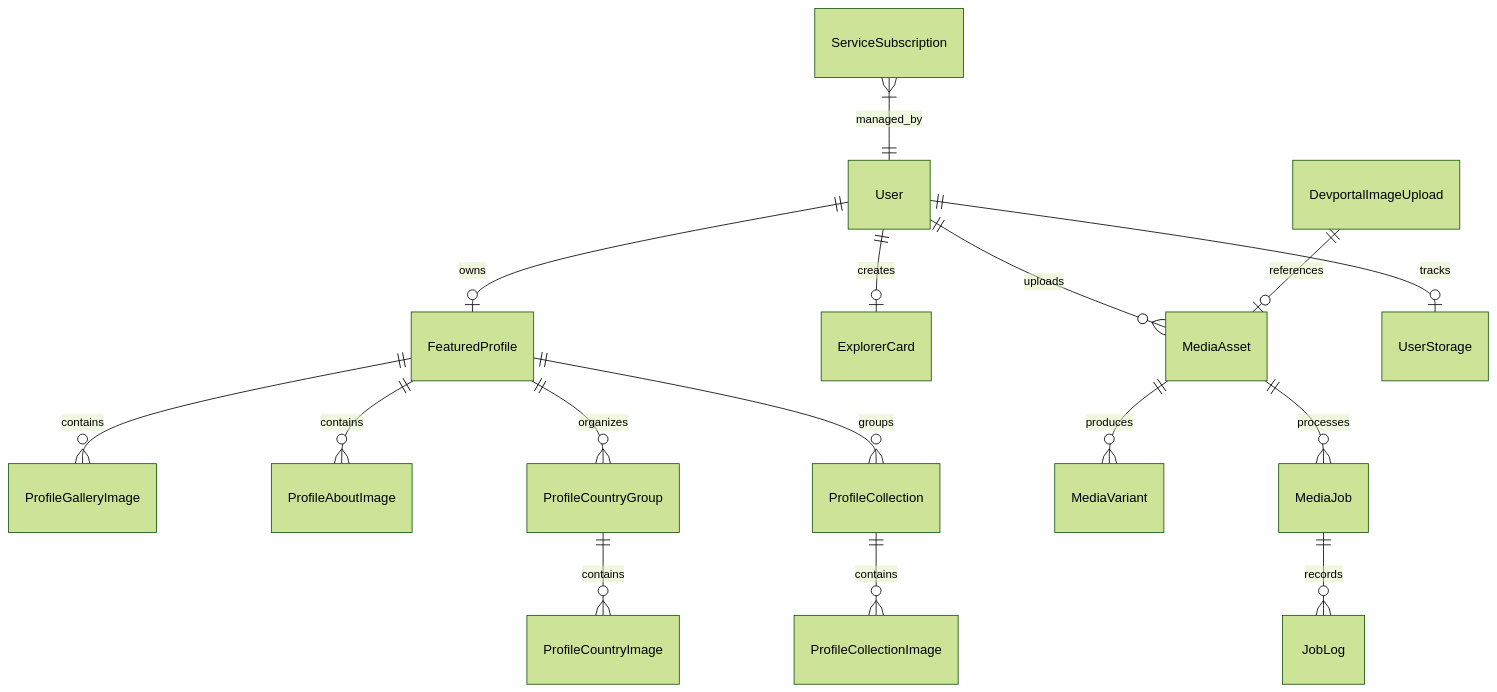
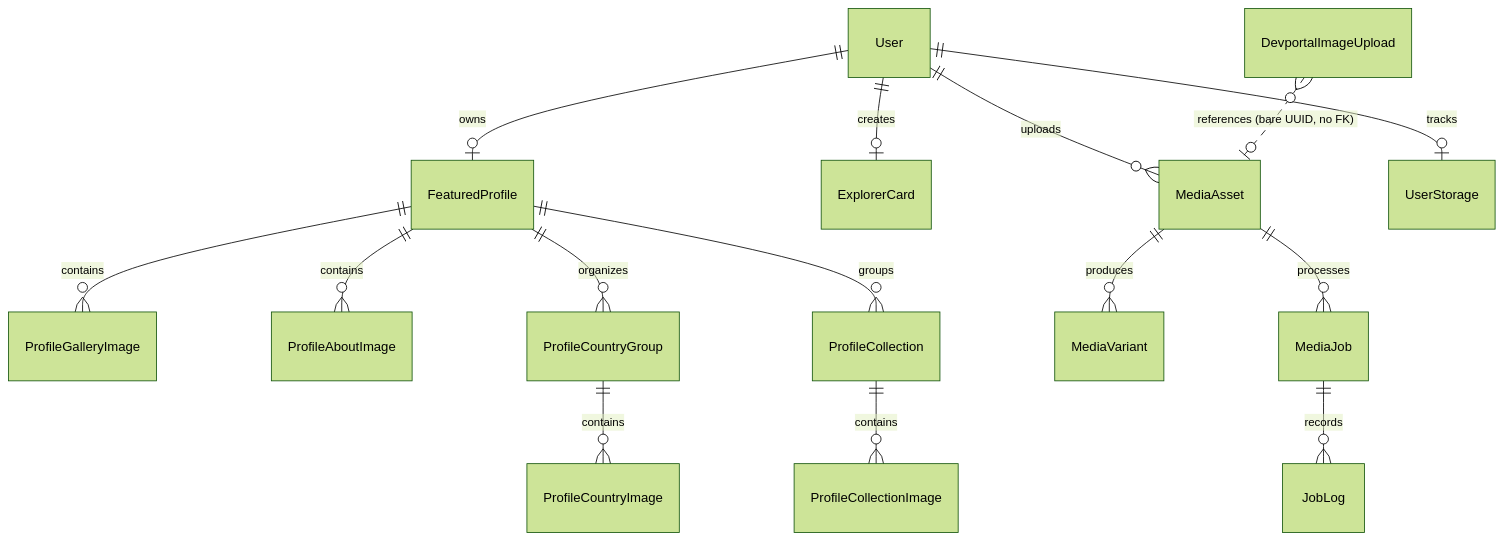
The fourth of 4 diagrams in src/docs/Techstack.md (ss-travingat/devportal), drawn with Mermaid (forest theme) before and after one commit. The commit also changed other lines of this file and 2 other files, not shown here.

First line of the commit message:
docs: add Data Model doc with ER diagram for users, profiles and cards

````diff
--- a/src/docs/Techstack.md
+++ b/src/docs/Techstack.md
@@ -190,21 +190,20 @@
 ```mermaid
 erDiagram
     User ||--o| FeaturedProfile : owns
     User ||--o| ExplorerCard : creates
     User ||--o{ MediaAsset : uploads
     User ||--o| UserStorage : tracks
 
     FeaturedProfile ||--o{ ProfileGalleryImage : contains
     FeaturedProfile ||--o{ ProfileAboutImage : contains
     FeaturedProfile ||--o{ ProfileCountryGroup : organizes
     ProfileCountryGroup ||--o{ ProfileCountryImage : contains
     FeaturedProfile ||--o{ ProfileCollection : groups
     ProfileCollection ||--o{ ProfileCollectionImage : contains
 
     MediaAsset ||--o{ MediaVariant : produces
     MediaAsset ||--o{ MediaJob : processes
     MediaJob ||--o{ JobLog : records
 
-    DevportalImageUpload ||--o| MediaAsset : references
-    ServiceSubscription }|--|| User : managed_by
+    DevportalImageUpload }o..o| MediaAsset : "references (bare UUID, no FK)"
 ```
````
